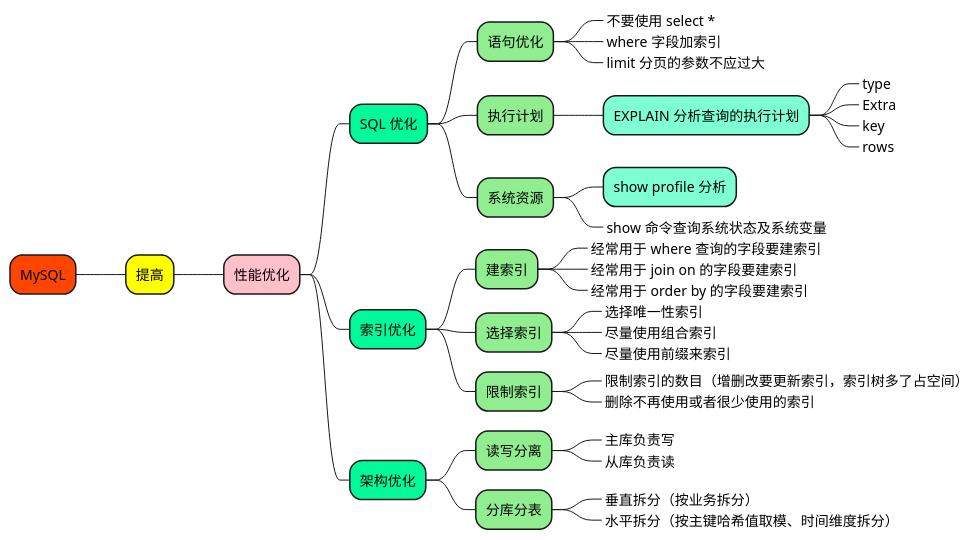
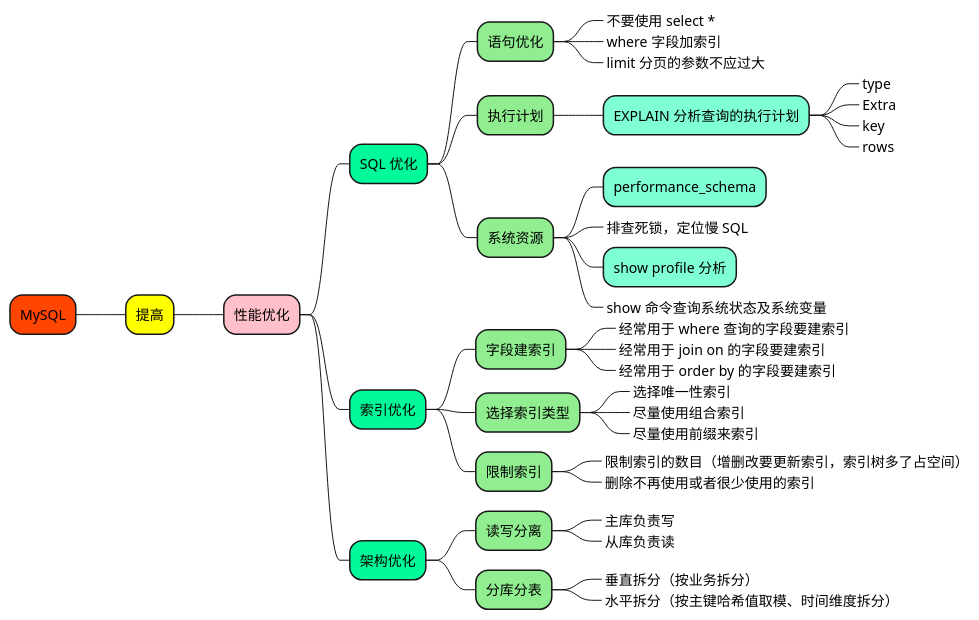
The diagram in 1_map/database/MySQL-提高.puml (doveg/self-cultivation-of-a-software-engineer), drawn with PlantUML before and after one commit. The commit also changed 5 other files, not shown here.

```diff
--- a/1_map/database/MySQL-提高.puml
+++ b/1_map/database/MySQL-提高.puml
@@ -1,55 +1,57 @@
 @startmindmap
 
 +[#OrangeRed] MySQL
 
 ++[#yellow] 提高
 
 +++[#Pink] 性能优化
 
 ++++[#MediumSpringGreen] SQL 优化
 +++++[#LightGreen] 语句优化
 ++++++[#LightBlue]_ 不要使用 select *
 ++++++[#LightBlue]_ where 字段加索引
 ++++++[#LightBlue]_ limit 分页的参数不应过大
 
 +++++[#LightGreen] 执行计划
 ++++++[#Aquamarine] EXPLAIN 分析查询的执行计划
 +++++++[#Aquamarine]_ type
 +++++++[#Aquamarine]_ Extra
 +++++++[#Aquamarine]_ key
 +++++++[#Aquamarine]_ rows
 
 +++++[#LightGreen] 系统资源
+++++++[#Aquamarine] performance_schema
+++++++[#Aquamarine]_ 排查死锁，定位慢 SQL
 ++++++[#Aquamarine] show profile 分析
 ++++++[#Aquamarine]_ show 命令查询系统状态及系统变量
 
 
 ++++[#MediumSpringGreen] 索引优化
 
-+++++[#LightGreen] 建索引
++++++[#LightGreen] 字段建索引
 ++++++[#Aquamarine]_ 经常用于 where 查询的字段要建索引
 ++++++[#Aquamarine]_ 经常用于 join on 的字段要建索引
 ++++++[#Aquamarine]_ 经常用于 order by 的字段要建索引
 
-+++++[#LightGreen] 选择索引
++++++[#LightGreen] 选择索引类型
 ++++++[#Aquamarine]_ 选择唯一性索引
 ++++++[#Aquamarine]_ 尽量使用组合索引
 ++++++[#Aquamarine]_ 尽量使用前缀来索引
 
 +++++[#LightGreen] 限制索引
 ++++++[#Aquamarine]_ 限制索引的数目（增删改要更新索引，索引树多了占空间）
 ++++++[#Aquamarine]_ 删除不再使用或者很少使用的索引
 
 
 ++++[#MediumSpringGreen] 架构优化
 
 +++++[#LightGreen] 读写分离
 ++++++[#Aquamarine]_ 主库负责写
 ++++++[#Aquamarine]_ 从库负责读
 
 +++++[#LightGreen] 分库分表
 ++++++[#Aquamarine]_ 垂直拆分（按业务拆分）
 ++++++[#Aquamarine]_ 水平拆分（按主键哈希值取模、时间维度拆分）
 
 
 @endmindmap
```
